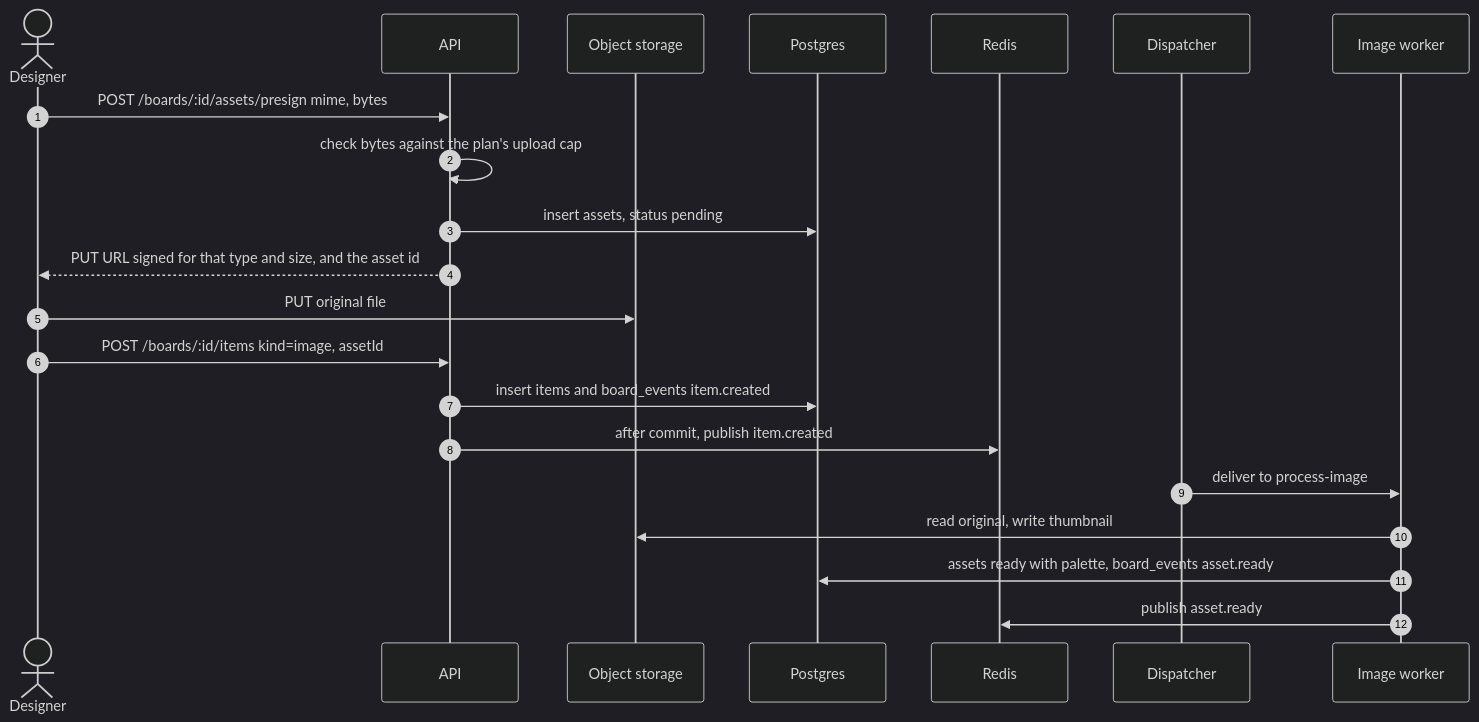
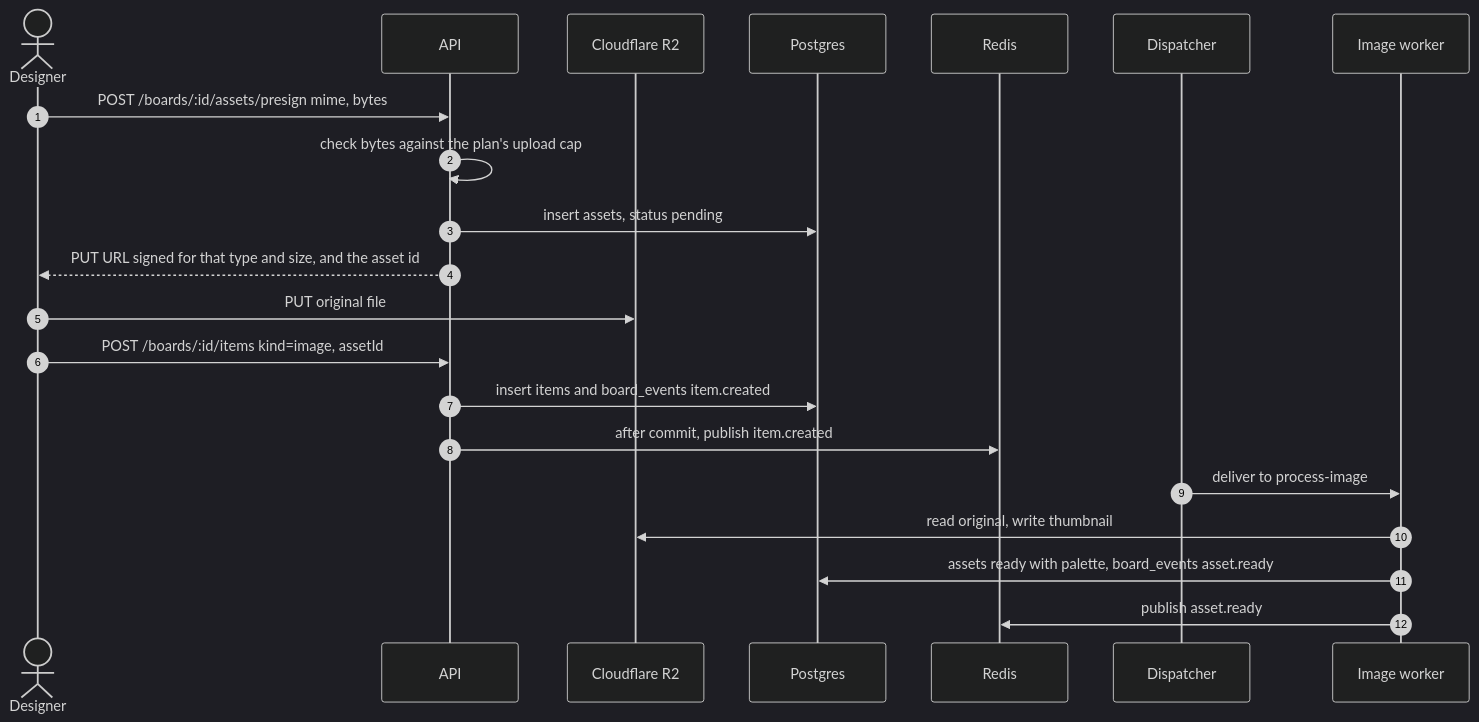
The third of 9 diagrams in docs/06-flows.md (Abisola-Morohunfolu/moodboards), drawn with Mermaid (dark theme) before and after one commit. The commit also changed 69 other files, not shown here.

````diff
--- a/docs/06-flows.md
+++ b/docs/06-flows.md
@@ -77,23 +77,23 @@
 ```mermaid
 sequenceDiagram
   autonumber
   actor U as Designer
   participant API
-  participant S3 as Object storage
+  participant R2 as Cloudflare R2
   participant DB as Postgres
   participant R as Redis
   participant D as Dispatcher
   participant W as Image worker
   U->>API: POST /boards/:id/assets/presign mime, bytes
   API->>API: check bytes against the plan's upload cap
   API->>DB: insert assets, status pending
   API-->>U: PUT URL signed for that type and size, and the asset id
-  U->>S3: PUT original file
+  U->>R2: PUT original file
   U->>API: POST /boards/:id/items kind=image, assetId
   API->>DB: insert items and board_events item.created
   API->>R: after commit, publish item.created
   D->>W: deliver to process-image
-  W->>S3: read original, write thumbnail
+  W->>R2: read original, write thumbnail
   W->>DB: assets ready with palette, board_events asset.ready
   W->>R: publish asset.ready
 ```
````
